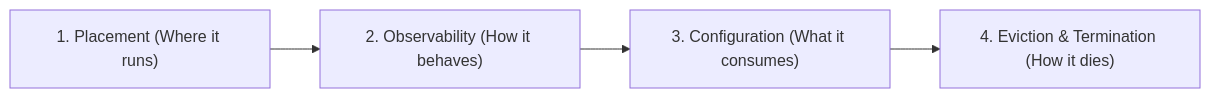
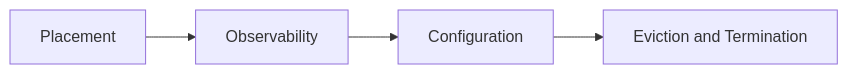
The first of 3 diagrams in Reference Notes/14_scheduling_logging_and_lifecycle.md (kmashour/BrainDump), drawn with Mermaid before and after one commit. The commit also changed 15 other files, not shown here.

Commit message:
docs: simplify cognitive map mermaid syntax for general compatibility

````diff
--- a/Reference Notes/14_scheduling_logging_and_lifecycle.md
+++ b/Reference Notes/14_scheduling_logging_and_lifecycle.md
@@ -11,6 +11,6 @@
 ```mermaid
 graph LR
-    A["1. Placement (Where it runs)"] --> B["2. Observability (How it behaves)"]
-    B --> C["3. Configuration (What it consumes)"]
-    C --> D["4. Eviction & Termination (How it dies)"]
+    A["Placement"] --> B["Observability"]
+    B --> C["Configuration"]
+    C --> D["Eviction and Termination"]
 ```
````
